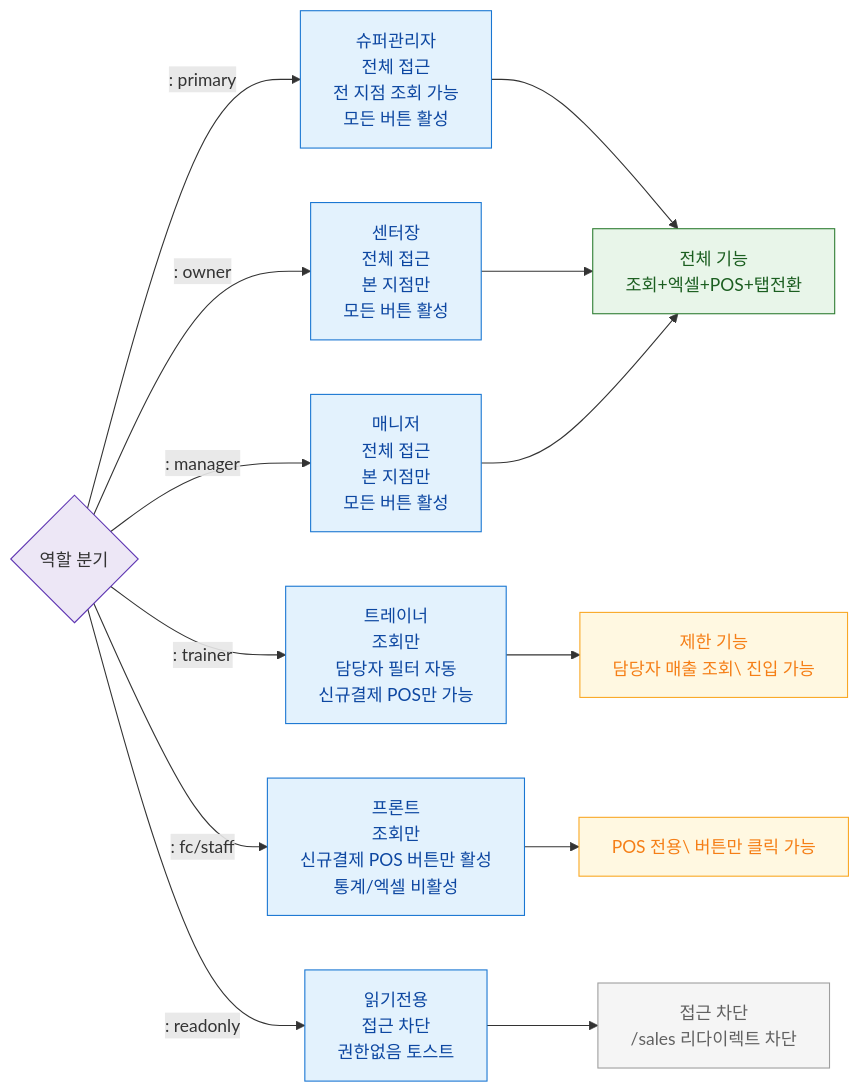
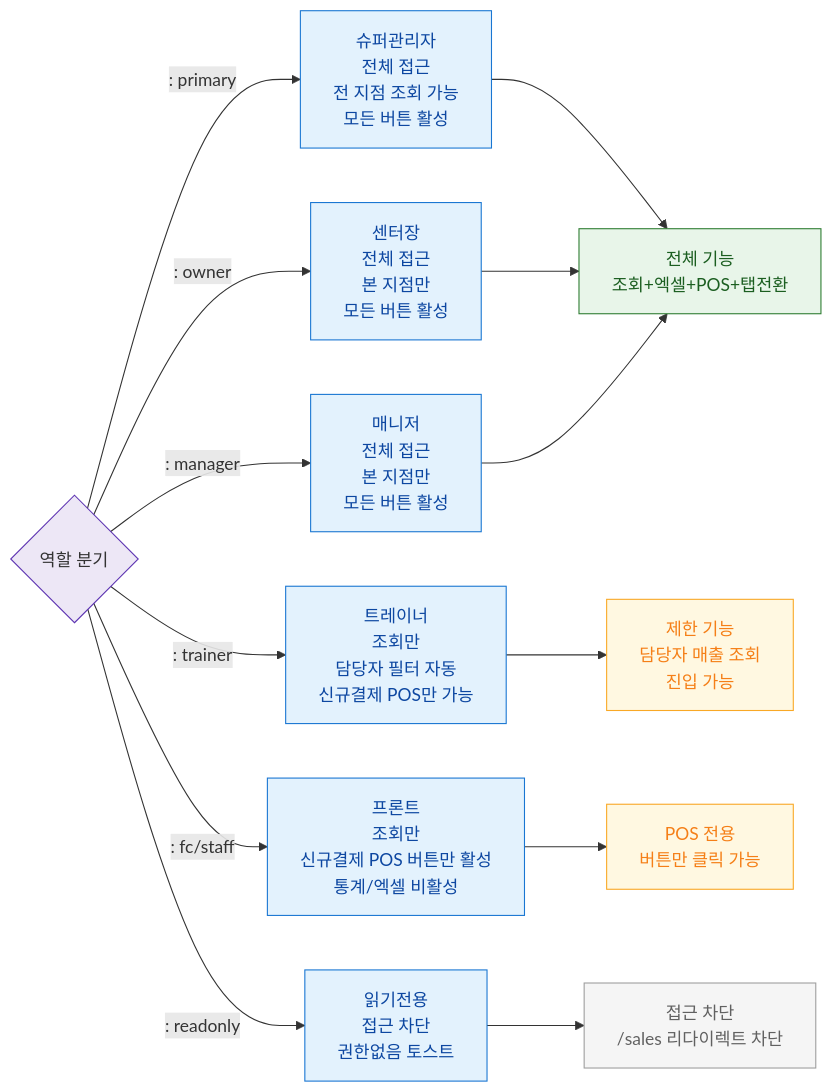
One commit to dev-spogym/admin-pando changed the diagram in docs/admin/다이어그램/D03_매출관리/SCR-S001_매출현황/F7_권한.md. Above: the diagram before and after it, drawn with Mermaid. The commit also changed 369 other files, not shown here.

````diff
--- a/docs/admin/다이어그램/D03_매출관리/SCR-S001_매출현황/F7_권한.md
+++ b/docs/admin/다이어그램/D03_매출관리/SCR-S001_매출현황/F7_권한.md
@@ -18,30 +18,30 @@
 ```mermaid
 flowchart LR
     AUTH{역할 분기}
 
     AUTH -->|": primary"|PRIMARY[슈퍼관리자\n전체 접근\n전 지점 조회 가능\n모든 버튼 활성]
     AUTH -->|": owner"|OWNER[센터장\n전체 접근\n본 지점만\n모든 버튼 활성]
     AUTH -->|": manager"|MANAGER[매니저\n전체 접근\n본 지점만\n모든 버튼 활성]
     AUTH -->|": trainer"|TRAINER[트레이너\n조회만\n담당자 필터 자동\n신규결제 POS만 가능]
     AUTH -->|": fc/staff"|FC[프론트\n조회만\n신규결제 POS 버튼만 활성\n통계/엑셀 비활성]
     AUTH -->|": readonly"|READONLY[읽기전용\n접근 차단\n권한없음 토스트]
 
     PRIMARY --> ACTION_FULL[전체 기능\n조회+엑셀+POS+탭전환]
     OWNER --> ACTION_FULL
     MANAGER --> ACTION_FULL
-    TRAINER --> ACTION_LIMITED[제한 기능\n담당자 매출 조회\ 진입 가능]
-    FC --> ACTION_POS_ONLY[POS 전용\ 버튼만 클릭 가능]
+    TRAINER --> ACTION_LIMITED[제한 기능\n담당자 매출 조회<br/> 진입 가능]
+    FC --> ACTION_POS_ONLY[POS 전용<br/> 버튼만 클릭 가능]
     READONLY --> ACTION_BLOCKED[접근 차단\n/sales 리다이렉트 차단]
 
     classDef screen fill:#E3F2FD,stroke:#1976D2,color:#0D47A1
     classDef system fill:#EDE7F6,stroke:#5E35B2
     classDef warning fill:#FFF8E1,stroke:#F9A825,color:#F57F17
     classDef rbacBlocked fill:#F5F5F5,stroke:#9E9E9E,color:#616161
     classDef success fill:#E8F5E9,stroke:#2E7D32,color:#1B5E20
 
     class ACTION_FULL success
     class ACTION_LIMITED,ACTION_POS_ONLY warning
     class ACTION_BLOCKED rbacBlocked
     class AUTH system
     class PRIMARY,OWNER,MANAGER,TRAINER,FC,READONLY screen
 ```
````
